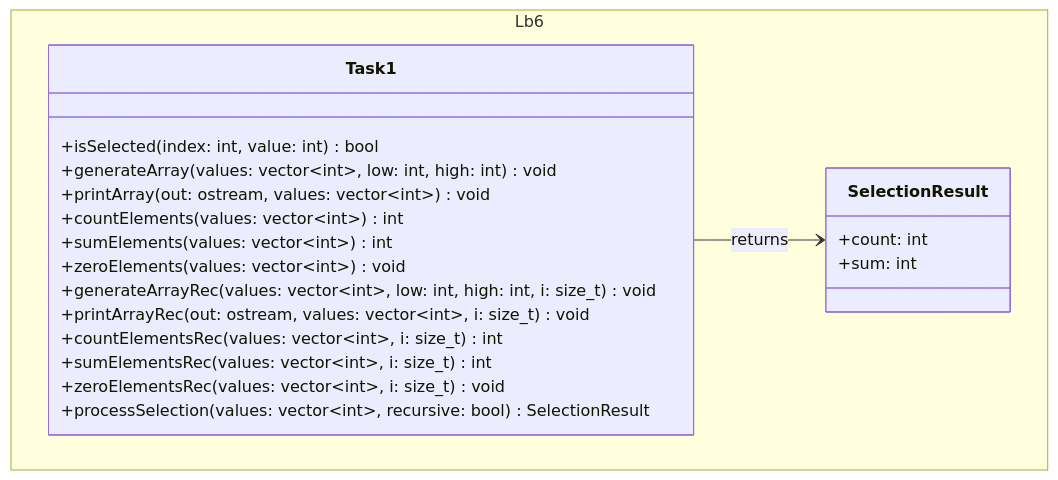
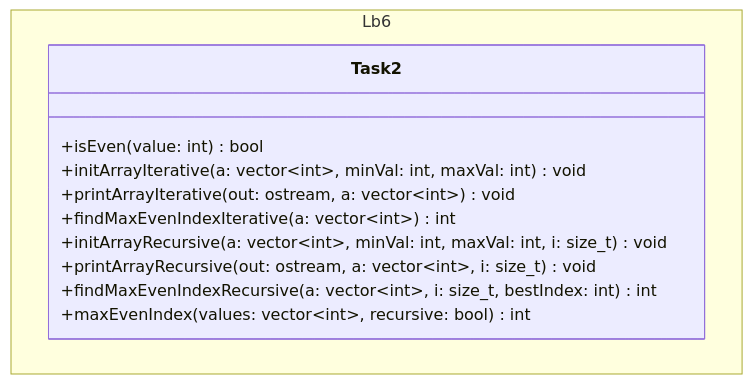
The third of 3 diagrams in Lb6/README.md (lviv-polytech/alg-cpp-labs), drawn with Mermaid before and after one commit. The commit also changed other lines of this file and 5 other files, not shown here.

Commit message:
feat(lab-06): implement task 6.2 maximum even element search for variant 17

````diff
--- a/Lb6/README.md
+++ b/Lb6/README.md
@@ -81,25 +88,15 @@
 ```mermaid
 classDiagram
     namespace Lb6 {
-        class Task1 {
-            +isSelected(index: int, value: int) bool
-            +generateArray(values: vector~int~, low: int, high: int) void
-            +printArray(out: ostream, values: vector~int~) void
-            +countElements(values: vector~int~) int
-            +sumElements(values: vector~int~) int
-            +zeroElements(values: vector~int~) void
-            +generateArrayRec(values: vector~int~, low: int, high: int, i: size_t) void
-            +printArrayRec(out: ostream, values: vector~int~, i: size_t) void
-            +countElementsRec(values: vector~int~, i: size_t) int
-            +sumElementsRec(values: vector~int~, i: size_t) int
-            +zeroElementsRec(values: vector~int~, i: size_t) void
-            +processSelection(values: vector~int~, recursive: bool) SelectionResult
-        }
-        class SelectionResult {
-            +count: int
-            +sum: int
+        class Task2 {
+            +isEven(value: int) bool
+            +initArrayIterative(a: vector~int~, minVal: int, maxVal: int) void
+            +printArrayIterative(out: ostream, a: vector~int~) void
+            +findMaxEvenIndexIterative(a: vector~int~) int
+            +initArrayRecursive(a: vector~int~, minVal: int, maxVal: int, i: size_t) void
+            +printArrayRecursive(out: ostream, a: vector~int~, i: size_t) void
+            +findMaxEvenIndexRecursive(a: vector~int~, i: size_t, bestIndex: int) int
+            +maxEvenIndex(values: vector~int~, recursive: bool) int
         }
     }
-    
-    Task1 --> SelectionResult : returns
 ```
````
